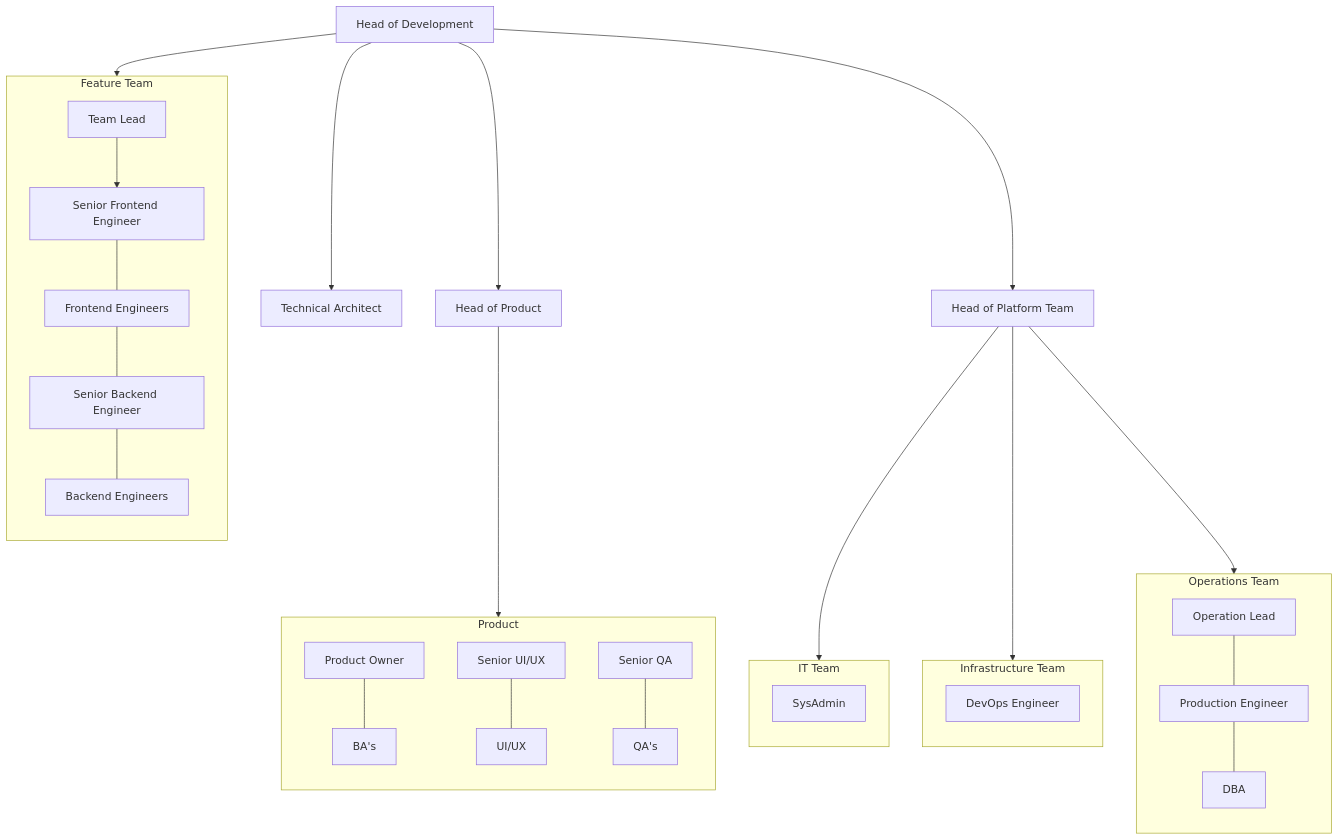
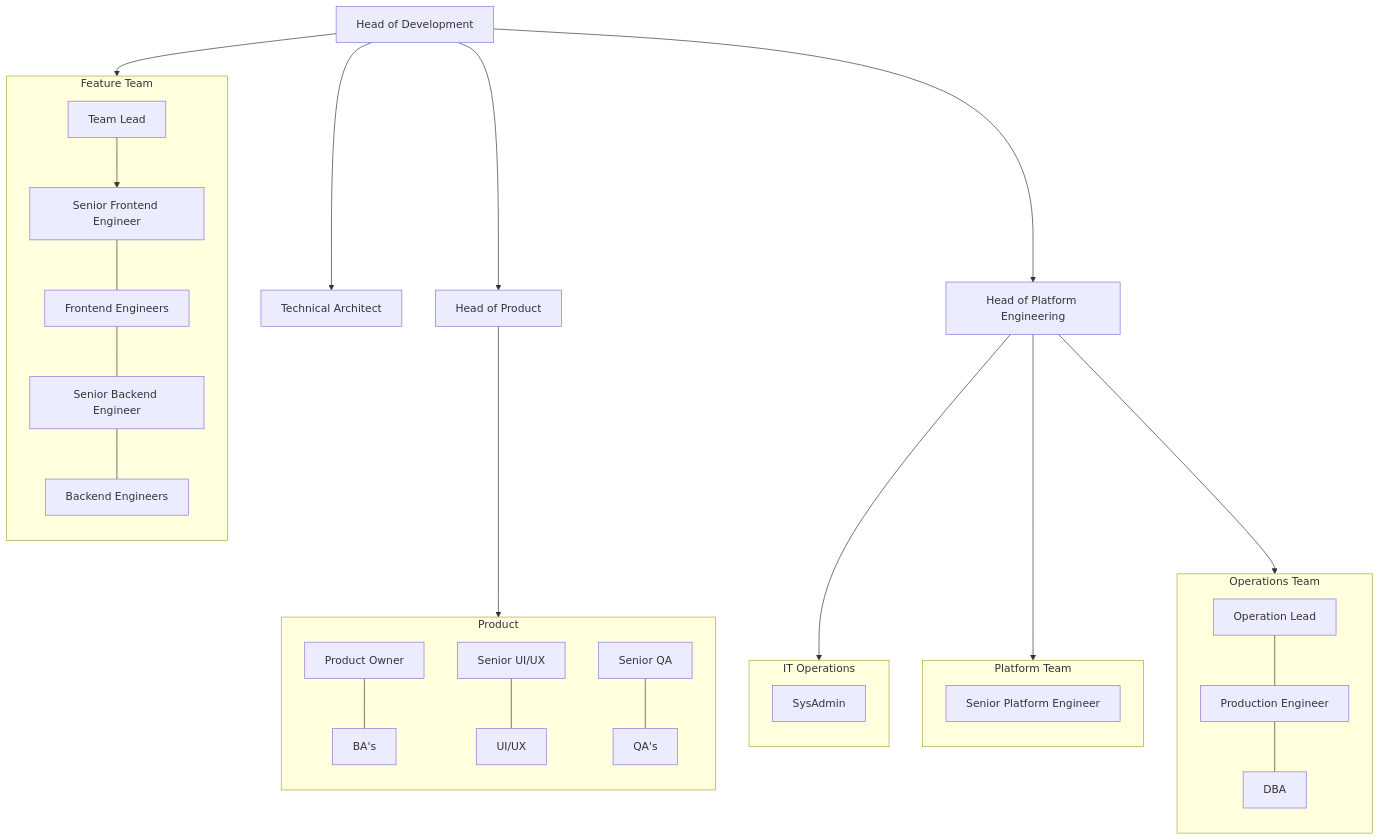
The diagram in OrganisationChart.md (michaeljholmes/OrgNetlify), drawn with Mermaid before and after one commit. The commit also changed other lines of this file and 6 other files, not shown here.

Commit message:
senior platform engineer initial draft

````diff
--- a/OrganisationChart.md
+++ b/OrganisationChart.md
@@ -4,61 +4,61 @@
 ```mermaid
 flowchart TB
     HOD[Head of Development]
 
     HOD --> TA[Technical Architect]
     HOD --> HOP[Head of Product]
-    HOD --> HPT[Head of Platform Team]
+    HOD --> HPE[Head of Platform Engineering]
 
     HOD --> FT1
 
     subgraph FT1[Feature Team]
         direction TB
         TL[Team Lead]
         SFE[Senior Frontend Engineer]
         FE1[Frontend Engineers]
         SBE[Senior Backend Engineer]
         BE1[Backend Engineers]
 
         TL --> SFE
         SFE --- FE1
         FE1 --- SBE
         SBE --- BE1
     end
 
     subgraph PRODUCT[Product]
         direction TB
         PO[Product Owner]
         BA[BA's]
         HOUIUX[Senior UI/UX]
         UX[UI/UX]
         HOQA[Senior QA]
         QA2[QA's]
 
         PO --- BA
         HOUIUX --- UX
         HOQA --- QA2
     end
     HOP --> PRODUCT
 
-    subgraph NONPROD[IT Team]
+    subgraph ITOPS[IT Operations]
         direction TB
         SA[SysAdmin]
     end
-    subgraph PRODTEAM[Infrastructure Team]
+    subgraph PLATFORMTEAM[Platform Team]
         direction TB
-        DE[DevOps Engineer]
+        SPE[Senior Platform Engineer]
     end
     subgraph OPSTEAM[Operations Team]
         direction TB
         HOO[Operation Lead]
         PE[Production Engineer]
         DBA[DBA]
 
         HOO --- PE
         PE --- DBA
     end
 
-    HPT --> NONPROD
-    HPT --> PRODTEAM
-    HPT --> OPSTEAM
+    HPE --> ITOPS
+    HPE --> PLATFORMTEAM
+    HPE --> OPSTEAM
 ```
````
